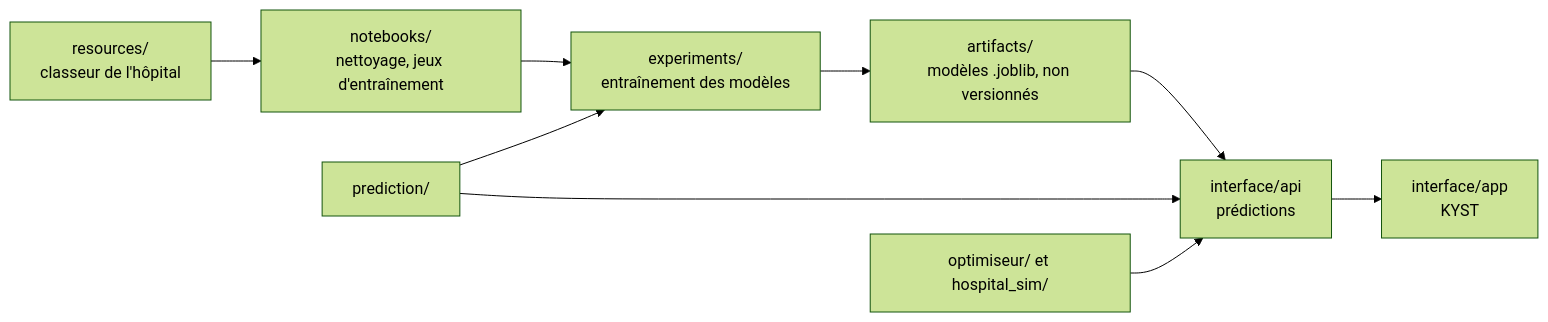
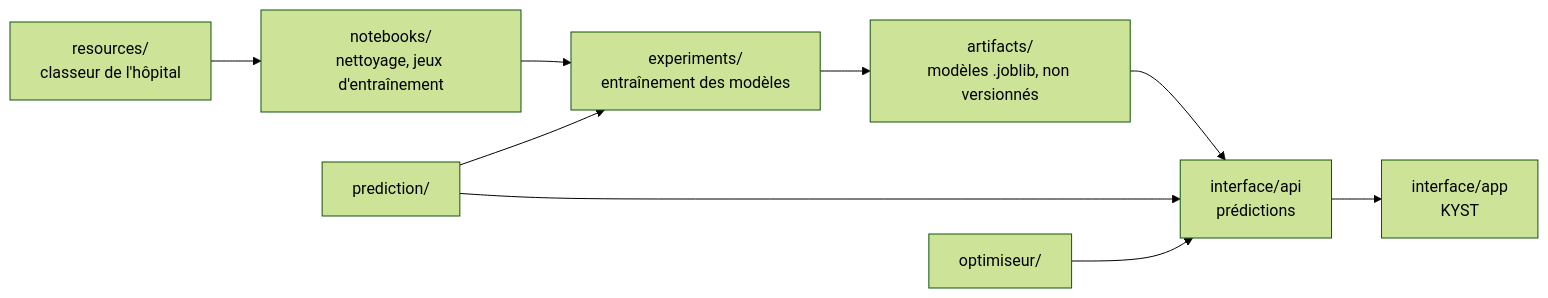
Before and after one commit to Kaua-Rbs/IA-et-Sante-groupe-2: the diagram in README.md, drawn with Mermaid (forest theme). The commit also changed other lines of this file and 44 other files, not shown here.

````diff
--- a/README.md
+++ b/README.md
@@ -42,11 +42,11 @@
 ```mermaid
 flowchart LR
     A[resources/<br/>classeur de l'hôpital] --> B[notebooks/<br/>nettoyage, jeux d'entraînement]
     B --> C[experiments/<br/>entraînement des modèles]
     C --> D[artifacts/<br/>modèles .joblib, non versionnés]
     D --> E[interface/api<br/>prédictions]
     F[prediction/] --> C
     F --> E
-    G[optimiseur/ et hospital_sim/] --> E
+    G[optimiseur/] --> E
     E --> H[interface/app<br/>KYST]
 ```
````
